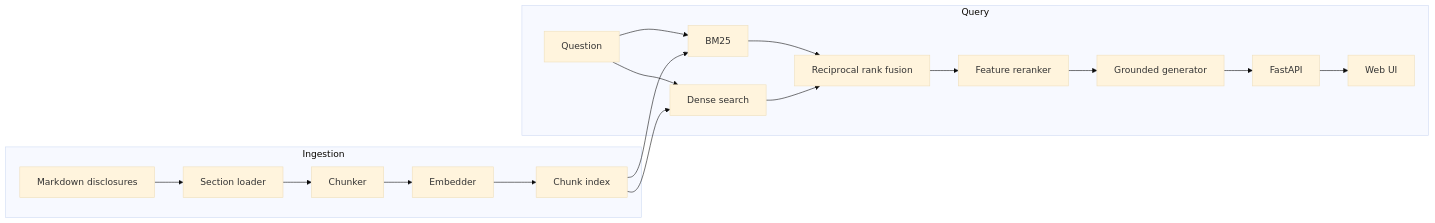
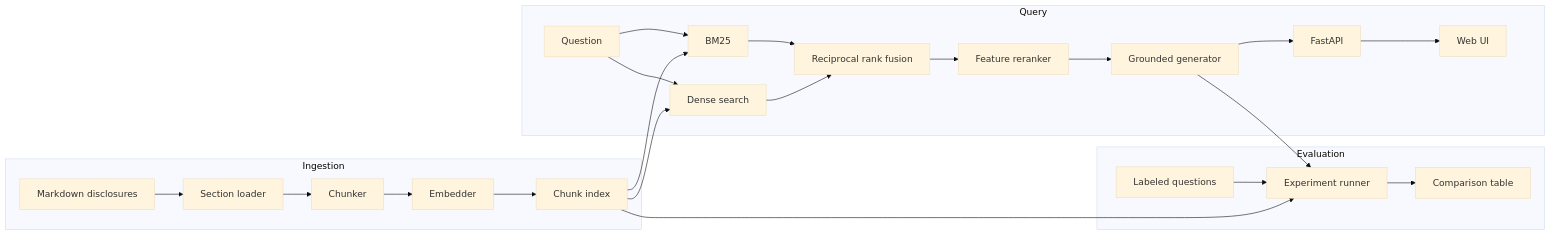
The diagram in README.md (sydneyani/rag-eval-assistant), drawn with Mermaid (base theme) before and after one commit. The commit also changed other lines of this file and 5 other files, not shown here.

````diff
--- a/README.md
+++ b/README.md
@@ -11,21 +11,27 @@
 ```mermaid
 flowchart LR
   subgraph ingest [Ingestion]
     Docs[Markdown disclosures] --> Load[Section loader]
     Load --> Chunk[Chunker]
     Chunk --> Emb[Embedder]
     Emb --> Store[Chunk index]
   end
   subgraph query [Query]
     Q[Question] --> BM25[BM25]
     Q --> Dense[Dense search]
     Store --> BM25
     Store --> Dense
     BM25 --> RRF[Reciprocal rank fusion]
     Dense --> RRF
     RRF --> Rerank[Feature reranker]
     Rerank --> Gen[Grounded generator]
     Gen --> API[FastAPI]
     API --> UI[Web UI]
   end
+  subgraph evaluate [Evaluation]
+    Gold[Labeled questions] --> Runner[Experiment runner]
+    Runner --> Table[Comparison table]
+  end
+  Store --> Runner
+  Gen --> Runner
 ```
````
